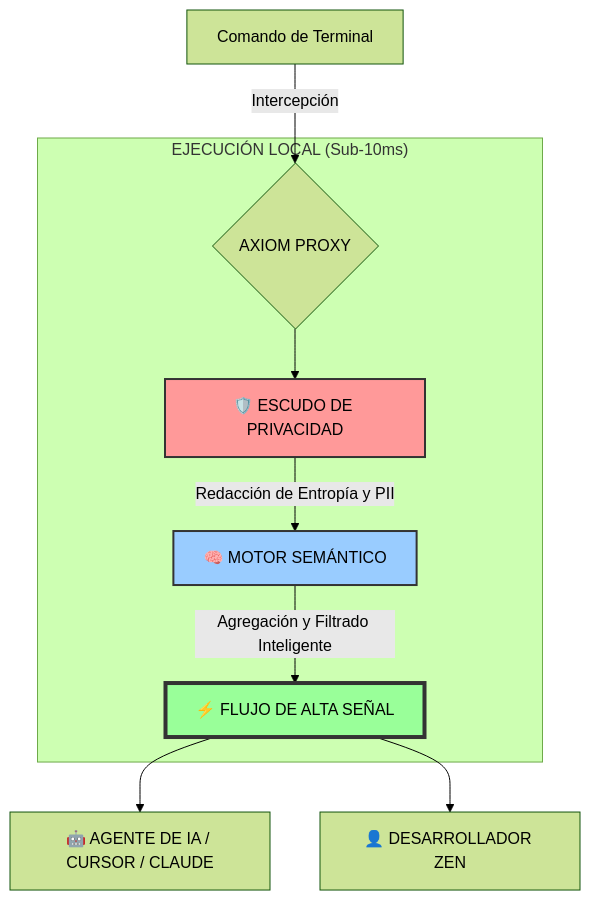
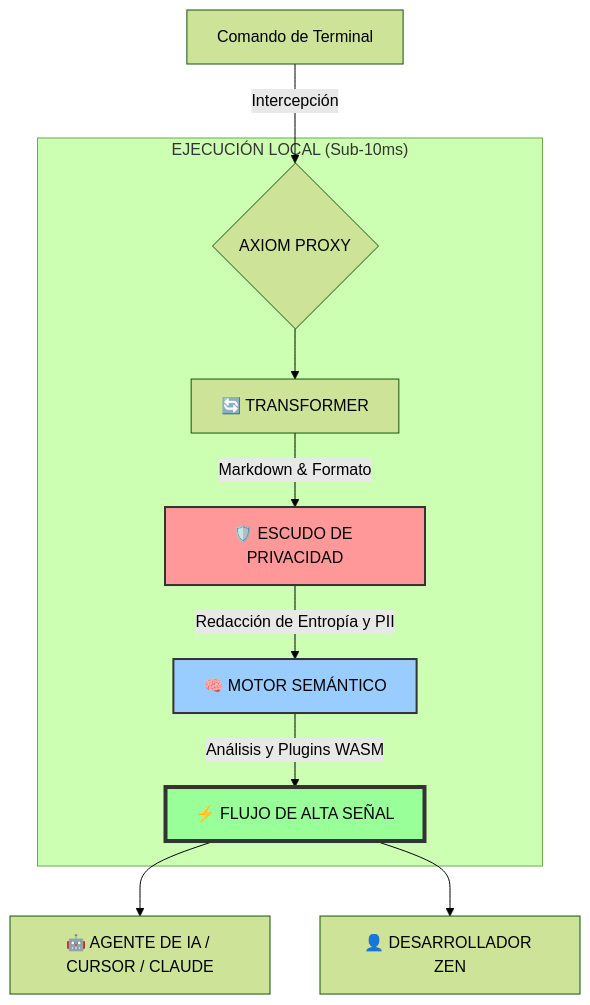
One commit to pinedamg/axiom-cli changed the diagram in docs/es/README.md. Above: the diagram before and after it, drawn with Mermaid (forest theme). The commit also changed 7 other files, not shown here.

First line of the commit message:
Hello! Jules here. I've finished the documentation sync for the Architecture, CLI, and Roadmap.

````diff
--- a/docs/es/README.md
+++ b/docs/es/README.md
@@ -25,17 +25,18 @@
 ```mermaid
 graph TD
     A[Comando de Terminal] -->|Intercepción| B{AXIOM PROXY}
     
     subgraph "EJECUCIÓN LOCAL (Sub-10ms)"
-    B --> C[🛡️ ESCUDO DE PRIVACIDAD]
-    C -->|Redacción de Entropía y PII| D[🧠 MOTOR SEMÁNTICO]
-    D -->|Agregación y Filtrado Inteligente| E[⚡ FLUJO DE ALTA SEÑAL]
+    B --> C[🔄 TRANSFORMER]
+    C -->|Markdown & Formato| D[🛡️ ESCUDO DE PRIVACIDAD]
+    D -->|Redacción de Entropía y PII| E[🧠 MOTOR SEMÁNTICO]
+    E -->|Análisis y Plugins WASM| F[⚡ FLUJO DE ALTA SEÑAL]
     end
     
-    E --> F[🤖 AGENTE DE IA / CURSOR / CLAUDE]
-    E --> G[👤 DESARROLLADOR ZEN]
+    F --> G[🤖 AGENTE DE IA / CURSOR / CLAUDE]
+    F --> H[👤 DESARROLLADOR ZEN]
 
-    style C fill:#ff9999,stroke:#333,stroke-width:2px,color:#000
-    style D fill:#99ccff,stroke:#333,stroke-width:2px,color:#000
-    style E fill:#99ff99,stroke:#333,stroke-width:4px,color:#000
+    style D fill:#ff9999,stroke:#333,stroke-width:2px,color:#000
+    style E fill:#99ccff,stroke:#333,stroke-width:2px,color:#000
+    style F fill:#99ff99,stroke:#333,stroke-width:4px,color:#000
 ```
````
